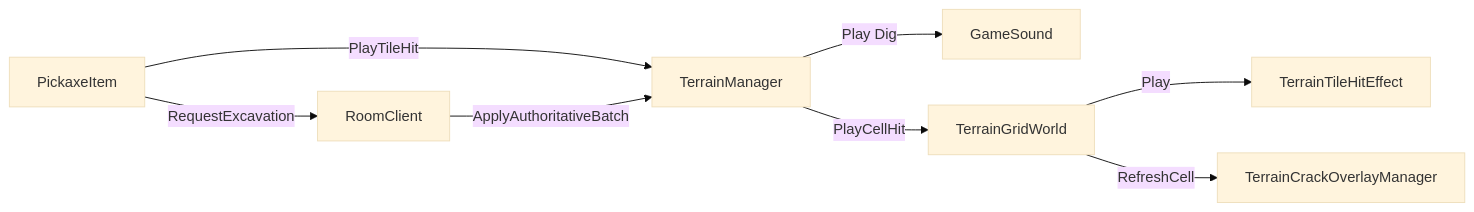
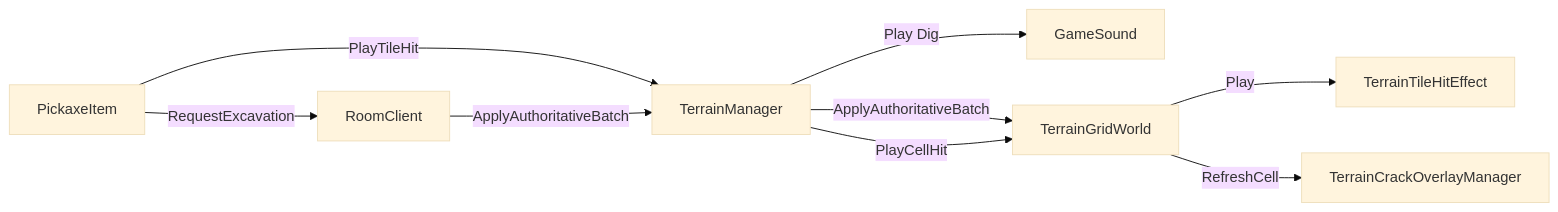
One commit to ashadeveloperr/ashadeveloperr.github.io changed the second of 4 diagrams in src/1-folk-sack/기술문서.md. Above: the diagram before and after it, drawn with Mermaid (base theme). The commit also changed other lines of this file and 4 other files, not shown here.

````diff
--- a/src/1-folk-sack/기술문서.md
+++ b/src/1-folk-sack/기술문서.md
@@ -75,10 +75,11 @@
 ```mermaid
 flowchart LR
   PI["PickaxeItem"] -->|"RequestExcavation"| RC["RoomClient"]
   PI -->|"PlayTileHit"| TM["TerrainManager"]
   RC -->|"ApplyAuthoritativeBatch"| TM
   TM -->|"Play Dig"| GS["GameSound"]
-  TM -->|"PlayCellHit"| TGW["TerrainGridWorld"]
+  TM -->|"ApplyAuthoritativeBatch"| TGW["TerrainGridWorld"]
+  TM -->|"PlayCellHit"| TGW
   TGW -->|"Play"| THE["TerrainTileHitEffect"]
   TGW -->|"RefreshCell"| TCO["TerrainCrackOverlayManager"]
 ```
````
